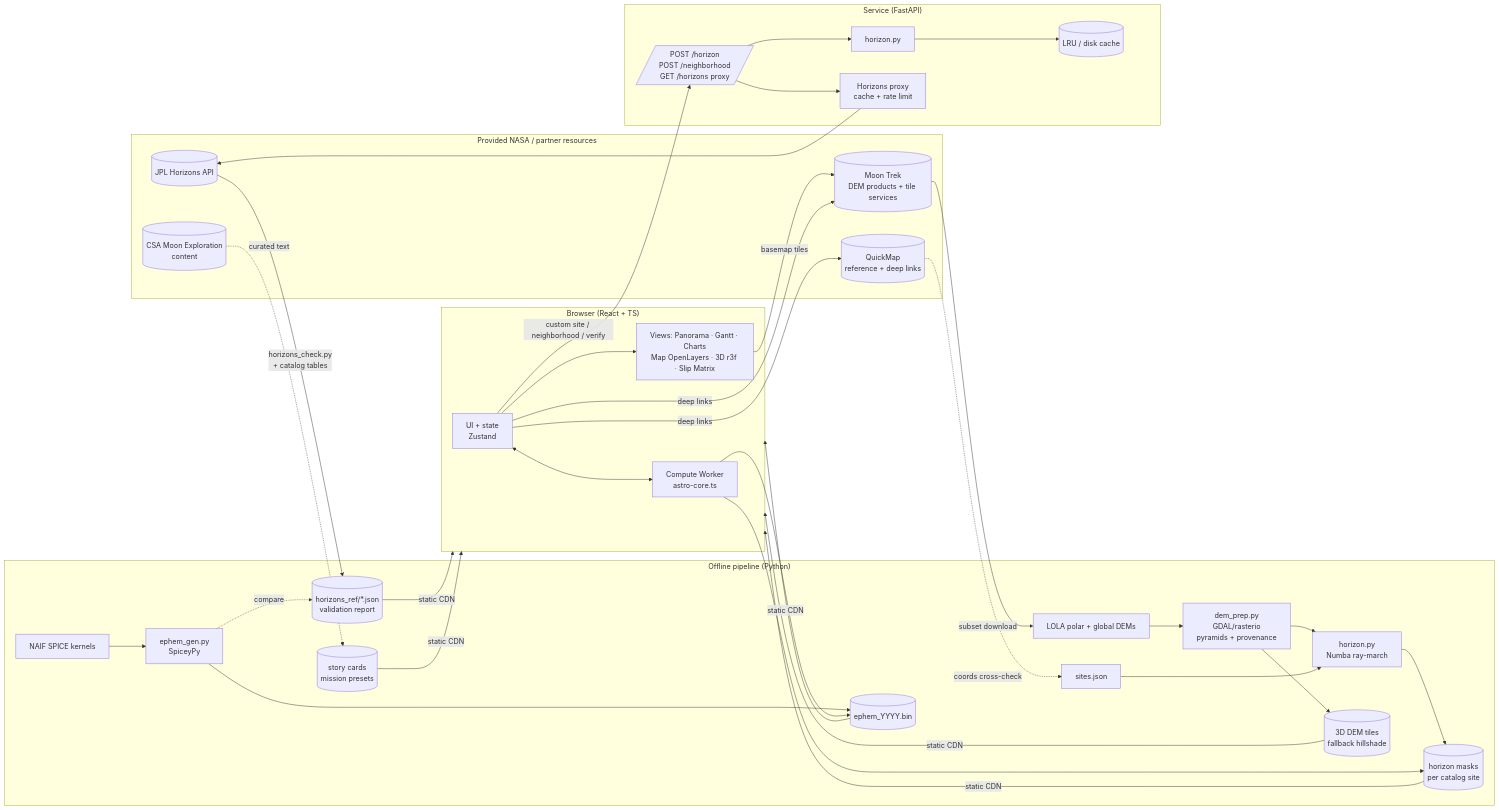
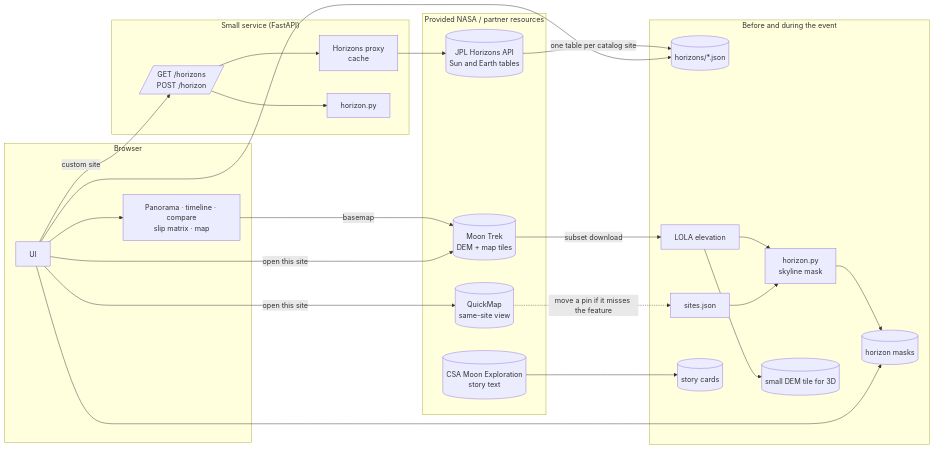
One commit to HyperNova-NSAC/southpole changed the diagram in DESIGN.md. Above: the diagram before and after it, drawn with Mermaid. The commit also changed other lines of this file and 1 other file, not shown here.

````diff
--- a/DESIGN.md
+++ b/DESIGN.md
@@ -357,44 +351,36 @@
 ```mermaid
 flowchart LR
   subgraph Ext["Provided NASA / partner resources"]
-    HZ[(JPL Horizons API)]
-    MT[(Moon Trek<br/>DEM products + tile services)]
-    QM[(QuickMap<br/>reference + deep links)]
-    CSA[(CSA Moon Exploration<br/>content)]
+    HZ[(JPL Horizons API<br/>Sun and Earth tables)]
+    MT[(Moon Trek<br/>DEM + map tiles)]
+    QM[(QuickMap<br/>same-site view)]
+    CSA[(CSA Moon Exploration<br/>story text)]
   end
 
-  subgraph Offline["Offline pipeline (Python)"]
-    K[NAIF SPICE kernels] --> EG[ephem_gen.py<br/>SpiceyPy]
-    MT -->|subset download| D[LOLA polar + global DEMs]
-    D --> DP[dem_prep.py<br/>GDAL/rasterio<br/>pyramids + provenance]
-    DP --> HG[horizon.py<br/>Numba ray-march]
+  subgraph Prep["Before and during the event"]
+    HZ -->|one table per catalog site| A1[(horizons/*.json)]
+    MT -->|subset download| D[LOLA elevation]
+    D --> HG[horizon.py<br/>skyline mask]
     S[sites.json] --> HG
-    EG --> A1[(ephem_YYYY.bin)]
-    HG --> A2[(horizon masks<br/>per catalog site)]
-    DP --> A3[(3D DEM tiles<br/>fallback hillshade)]
-    HZ -->|horizons_check.py<br/>+ catalog tables| A4[(horizons_ref/*.json<br/>validation report)]
-    EG -. compare .-> A4
-    CSA -. curated text .-> A5[(story cards<br/>mission presets)]
-    QM -. coords cross-check .-> S
+    HG --> A2[(horizon masks)]
+    D --> A3[(small DEM tile for 3D)]
+    CSA --> A5[(story cards)]
+    QM -. move a pin if it misses the feature .-> S
   end
 
-  subgraph Backend["Service (FastAPI)"]
-    API[/POST /horizon<br/>POST /neighborhood<br/>GET /horizons proxy/] --> HG2[horizon.py]
-    API --> HP[Horizons proxy<br/>cache + rate limit]
-    HG2 --> C[(LRU / disk cache)]
+  subgraph Backend["Small service (FastAPI)"]
+    API[/GET /horizons<br/>POST /horizon/] --> HP[Horizons proxy<br/>cache]
+    API --> HG2[horizon.py]
     HP --> HZ
   end
 
-  subgraph Web["Browser (React + TS)"]
-    UI[UI + state<br/>Zustand] <--> W[Compute Worker<br/>astro-core.ts]
-    W --> A1
-    W --> A2
-    UI --> V[Views: Panorama · Gantt · Charts<br/>Map OpenLayers · 3D r3f · Slip Matrix]
-    UI -- custom site / neighborhood / verify --> API
-    V -- basemap tiles --> MT
-    UI -- deep links --> QM
-    UI -- deep links --> MT
+  subgraph Web["Browser"]
+    UI[UI] --> V[Panorama · timeline · compare<br/>slip matrix · map]
+    UI --> A1
+    UI --> A2
+    UI -- custom site --> API
+    V -- basemap --> MT
+    UI -- open this site --> QM
+    UI -- open this site --> MT
   end
-
-  A1 & A2 & A3 & A4 & A5 -->|static CDN| Web
 ```
````
